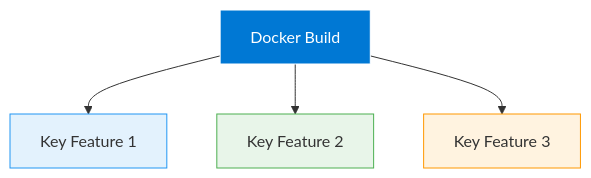
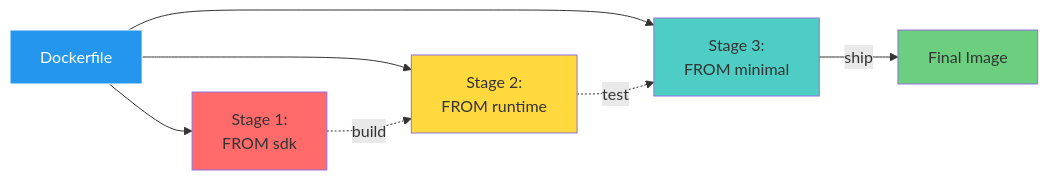
One commit to sixeyed/azure-az204 changed the diagram in slides/docker-build/002.md. Above: the diagram before and after it, drawn with Mermaid. The commit also changed other lines of this file and 452 other files, not shown here.

````diff
--- a/slides/docker-build/002.md
+++ b/slides/docker-build/002.md
@@ -7,11 +9,15 @@
 ```mermaid
-graph TB
-    Topic[Docker Build] --> Feature1[Key Feature 1]
-    Topic --> Feature2[Key Feature 2]
-    Topic --> Feature3[Key Feature 3]
+graph LR
+    D[Dockerfile] --> S1[Stage 1:<br/>FROM sdk]
+    D --> S2[Stage 2:<br/>FROM runtime]
+    D --> S3[Stage 3:<br/>FROM minimal]
+    S1 -.->|build| S2
+    S2 -.->|test| S3
+    S3 -->|ship| F[Final Image]
 
-    style Topic fill:#0078d4,stroke:#fff,color:#fff
-    style Feature1 fill:#e3f2fd,stroke:#2196f3
-    style Feature2 fill:#e8f5e9,stroke:#4caf50
-    style Feature3 fill:#fff3e0,stroke:#ff9800
+    style D fill:#2496ed,stroke:#fff,color:#fff
+    style S1 fill:#ff6b6b
+    style S2 fill:#ffd93d
+    style S3 fill:#4ecdc4
+    style F fill:#6bcf7f
 ```
````
